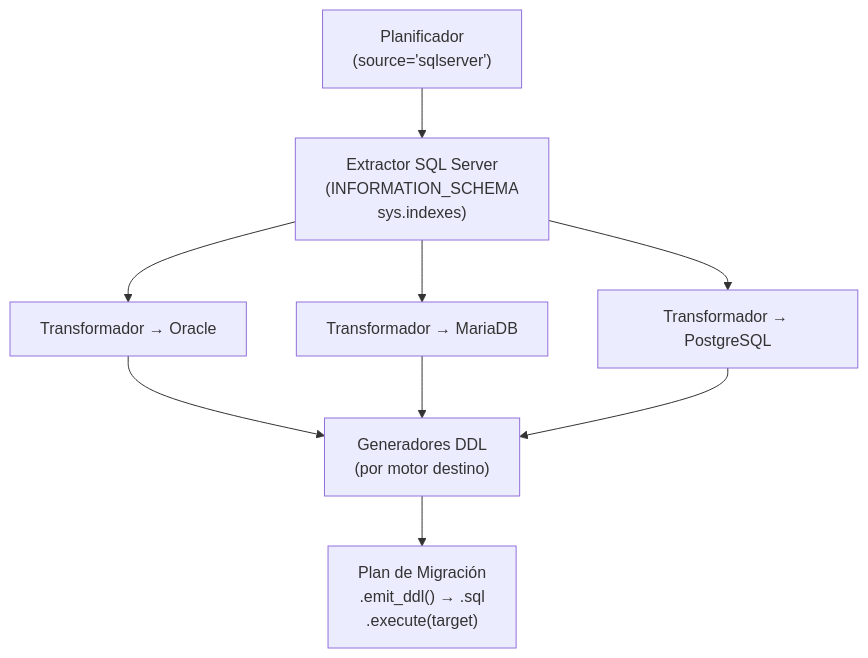
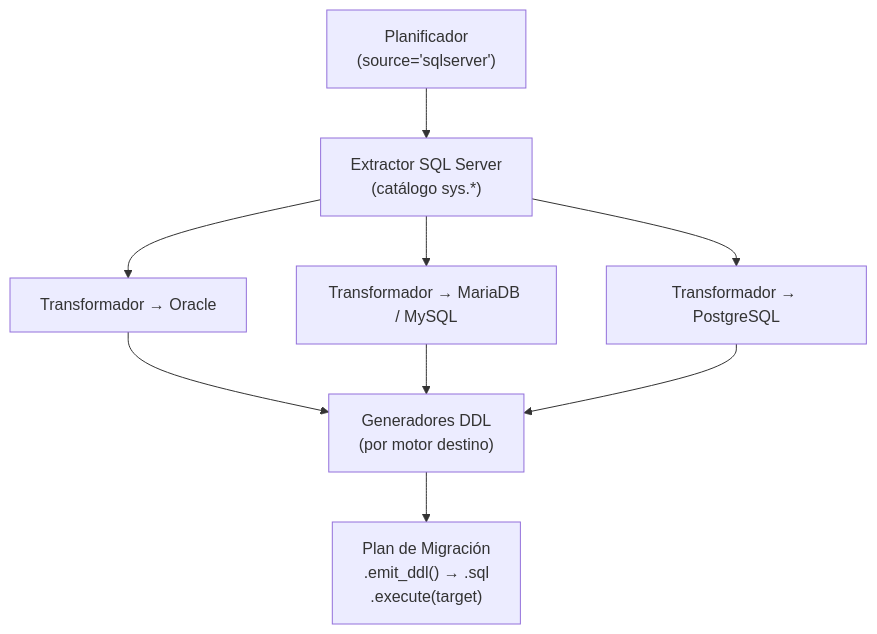
The diagram in docs/functional/migrate_sqlserver_source.md (fmanza/util_bbdd), drawn with Mermaid before and after one commit. The commit also changed other lines of this file and 15 other files, not shown here.

````diff
--- a/docs/functional/migrate_sqlserver_source.md
+++ b/docs/functional/migrate_sqlserver_source.md
@@ -30,15 +30,15 @@
 ```mermaid
 flowchart TD
     PL["Planificador\n(source='sqlserver')"]
-    EX["Extractor SQL Server\n(INFORMATION_SCHEMA\nsys.indexes)"]
+    EX["Extractor SQL Server\n(catálogo sys.*)"]
     TR_OR["Transformador → Oracle"]
-    TR_MB["Transformador → MariaDB"]
+    TR_MB["Transformador → MariaDB / MySQL"]
     TR_PG["Transformador → PostgreSQL"]
     EM["Generadores DDL\n(por motor destino)"]
     OUT["Plan de Migración\n.emit_ddl() → .sql\n.execute(target)"]
 
     PL --> EX
     EX --> TR_OR & TR_MB & TR_PG
     TR_OR & TR_MB & TR_PG --> EM
     EM --> OUT
 ```
````
